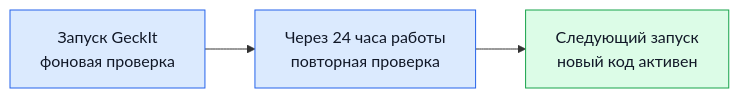
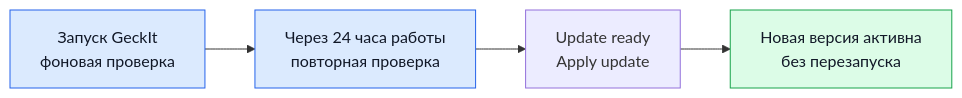
Before and after one commit to anetrebskii/geckit: the third of 3 diagrams in docs/ux/provider-libraries.md, drawn with Mermaid. The commit also changed other lines of this file and 67 other files, not shown here.

````diff
--- a/docs/ux/provider-libraries.md
+++ b/docs/ux/provider-libraries.md
@@ -130,7 +141,7 @@
 ```mermaid
 flowchart LR
-  A["Запуск GeckIt<br/>фоновая проверка"] --> B["Через 24 часа работы<br/>повторная проверка"] --> C["Следующий запуск<br/>новый код активен"]
+  A["Запуск GeckIt<br/>фоновая проверка"] --> B["Через 24 часа работы<br/>повторная проверка"] --> C["Update ready<br/>Apply update"] --> D["Новая версия активна<br/>без перезапуска"]
   style A fill:#dbeafe,stroke:#2563eb,color:#111827
   style B fill:#dbeafe,stroke:#2563eb,color:#111827
-  style C fill:#dcfce7,stroke:#16a34a,color:#111827
+  style D fill:#dcfce7,stroke:#16a34a,color:#111827
 ```
````
